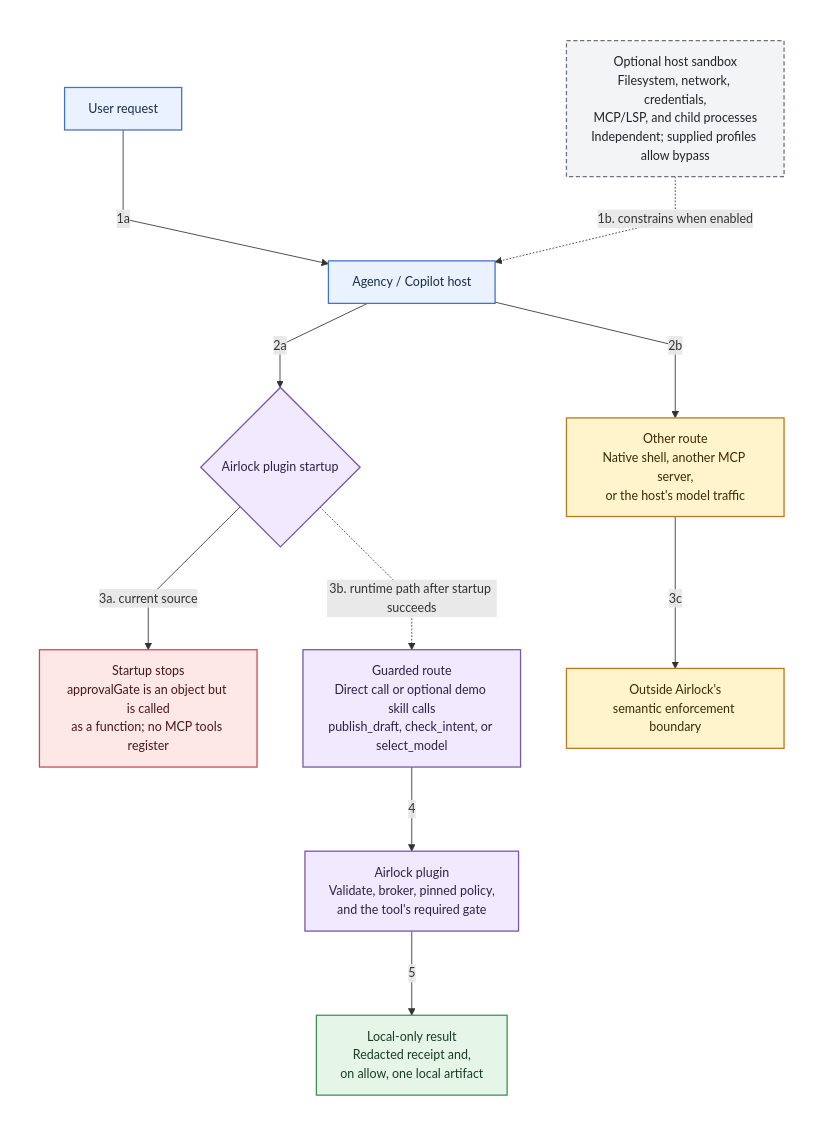
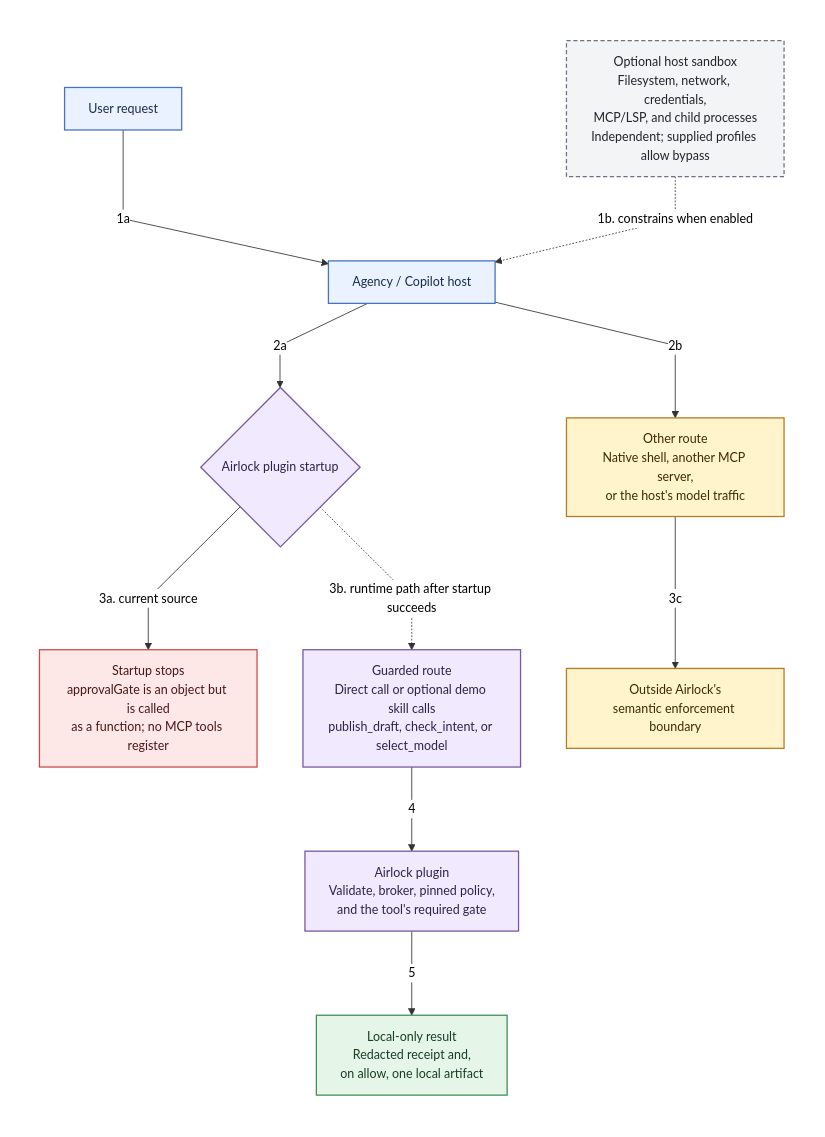
Before and after one commit to debchoudhury-id4s/agent-airlock: the fourth of 5 diagrams in README.md, drawn with Mermaid. The commit also changed other lines of this file and 3 other files, not shown here.

Commit message:
update README diagrams and restructure repo

````diff
--- a/README.md
+++ b/README.md
@@ -186,32 +183,32 @@
 ```mermaid
-%%{init: {"fontFamily": "Calibri Light, Calibri, Arial, sans-serif", "themeVariables": {"background": "#ffffff", "fontSize": "11pt"}, "flowchart": {"useMaxWidth": true, "htmlLabels": true, "curve": "linear", "nodeSpacing": 54, "rankSpacing": 52, "padding": 14, "diagramPadding": 0, "wrappingWidth": 200}}}%%
+%%{init: {"fontFamily": "Calibri Light, Calibri, Arial, sans-serif", "themeVariables": {"background": "#ffffff", "edgeLabelBackground": "#ffffff", "textColor": "#000000", "fontSize": "11pt"}, "flowchart": {"useMaxWidth": true, "htmlLabels": true, "curve": "linear", "nodeSpacing": 54, "rankSpacing": 52, "padding": 14, "diagramPadding": 0, "wrappingWidth": 200}}}%%
 flowchart TB
     subgraph WhiteBackground4[" "]
         direction TB
         User["User request"] -->|1a| Host["Agency / Copilot host"]
         Sandbox["Optional host sandbox<br/>Filesystem, network, credentials,<br/>MCP/LSP, and child processes<br/>Independent; supplied profiles allow bypass"] -. "1b. constrains when enabled" .-> Host
 
         Host -->|2a| Startup{"Airlock plugin startup"}
         Host -->|2b| Other["Other route<br/>Native shell, another MCP server,<br/>or the host's model traffic"]
 
         Startup -->|"3a. current source"| Failure["Startup stops<br/>approvalGate is an object but is called<br/>as a function; no MCP tools register"]
         Startup -. "3b. runtime path after startup succeeds" .-> Guarded["Guarded route<br/>Direct call or optional demo skill calls<br/>publish_draft, check_intent, or select_model"]
         Guarded -->|4| Plugin["Airlock plugin<br/>Validate, broker, pinned policy,<br/>and the tool's required gate"]
         Plugin -->|5| Local["Local-only result<br/>Redacted receipt and,<br/>on allow, one local artifact"]
         Other -->|3c| Outside["Outside Airlock's<br/>semantic enforcement boundary"]
     end
 
     style WhiteBackground4 fill:#ffffff,stroke:#ffffff,color:#ffffff;
     classDef actor fill:#eaf2ff,stroke:#4472c4,color:#172b4d,stroke-width:1.5px;
     classDef containment fill:#f3f4f6,stroke:#6b7280,color:#20242b,stroke-width:1.5px,stroke-dasharray:5 3;
     classDef control fill:#f1eaff,stroke:#7656a5,color:#2f2147,stroke-width:1.5px;
     classDef evidence fill:#e5f6e8,stroke:#3f8f55,color:#173d22,stroke-width:1.5px;
     classDef outside fill:#fff4cc,stroke:#b7791f,color:#3d2b00,stroke-width:1.5px;
     classDef failure fill:#fde8e7,stroke:#c94c4c,color:#4a1717,stroke-width:1.5px;
     class User,Host actor;
     class Sandbox containment;
     class Startup,Guarded,Plugin control;
     class Local evidence;
     class Other,Outside outside;
     class Failure failure;
 ```
````
